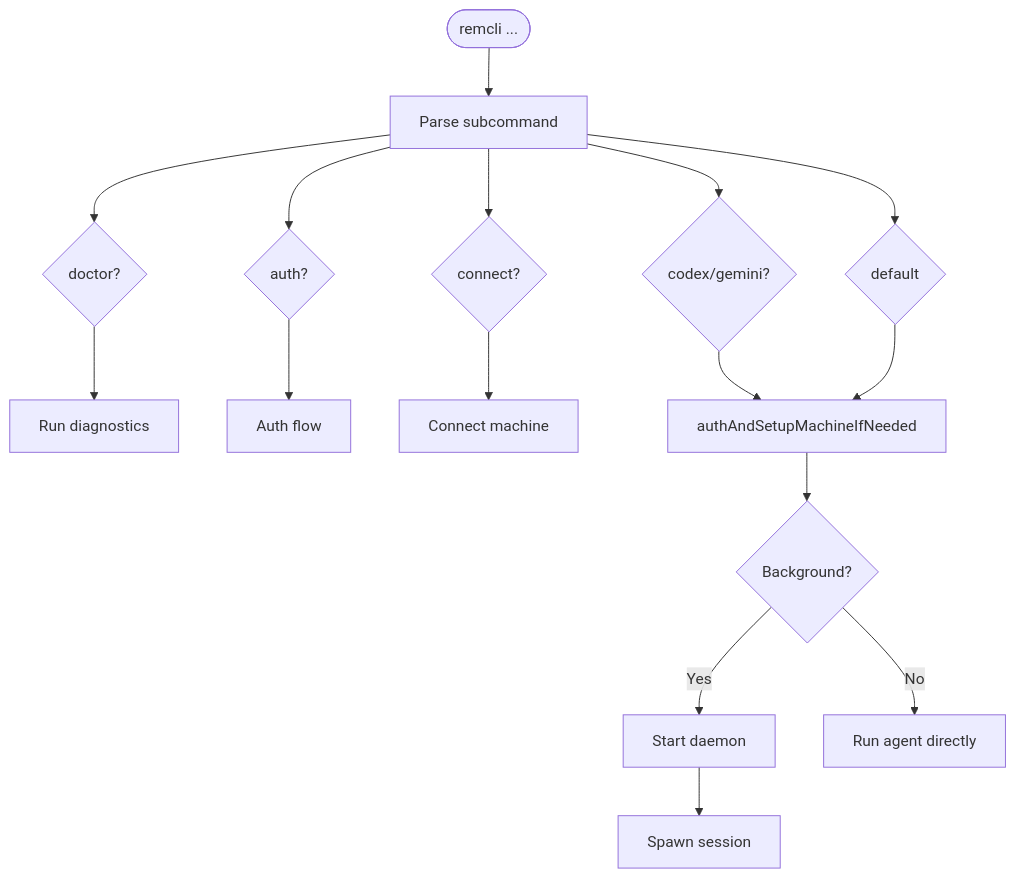
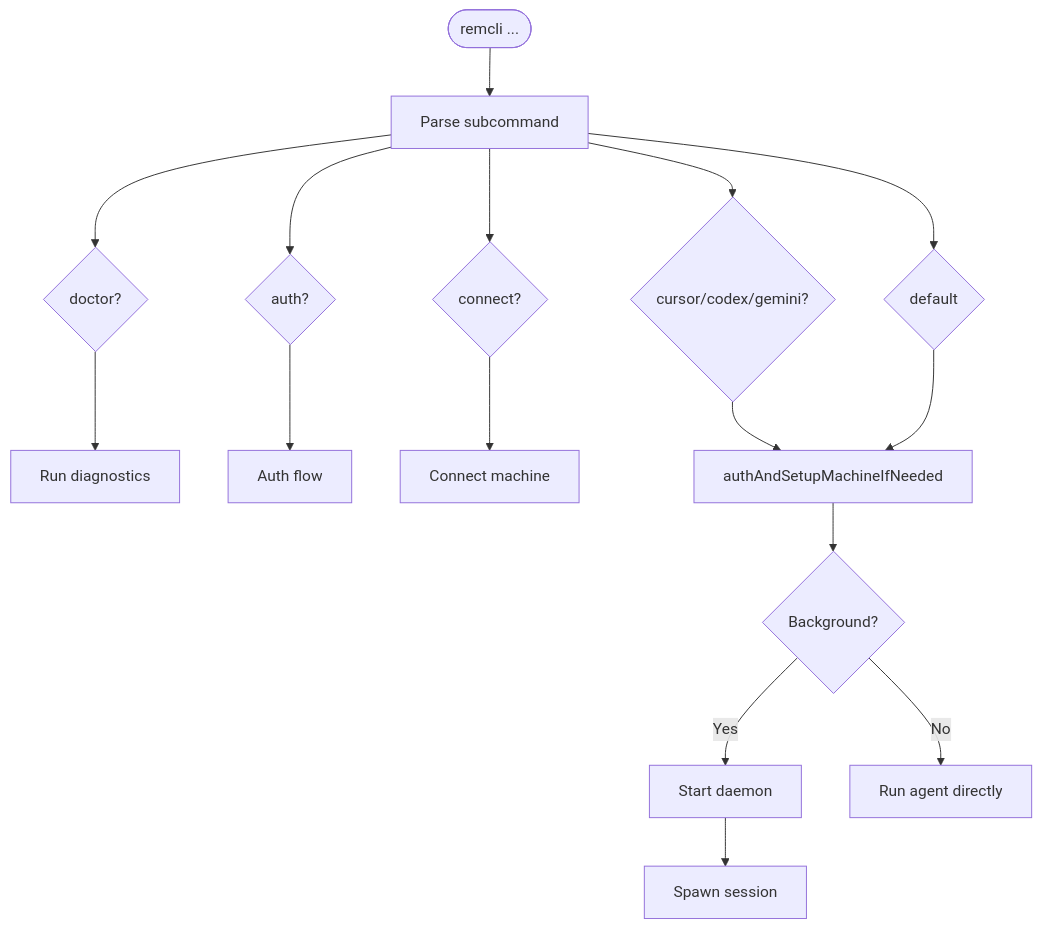
Before and after one commit to spetrosyan94/remcli: the second of 12 diagrams in docs/cli-architecture.md, drawn with Mermaid. The commit also changed other lines of this file and 42 other files, not shown here.

First line of the commit message:
feat: integrate Cursor CLI agent with mode selection

````diff
--- a/docs/cli-architecture.md
+++ b/docs/cli-architecture.md
@@ -50,23 +50,23 @@
 ```mermaid
 flowchart TD
     Start([remcli ...]) --> Parse[Parse subcommand]
 
     Parse --> Doctor{doctor?}
     Parse --> Auth{auth?}
     Parse --> Connect{connect?}
-    Parse --> Agent{codex/gemini?}
+    Parse --> Agent{cursor/codex/gemini?}
     Parse --> Default{default}
 
     Doctor --> RunDoctor[Run diagnostics]
     Auth --> RunAuth[Auth flow]
     Connect --> RunConnect[Connect machine]
 
     Agent --> Setup[authAndSetupMachineIfNeeded]
     Default --> Setup
 
     Setup --> Context{Background?}
     Context --> |Yes| StartDaemon[Start daemon]
     Context --> |No| RunAgent[Run agent directly]
 
     StartDaemon --> SpawnSession[Spawn session]
 ```
````
